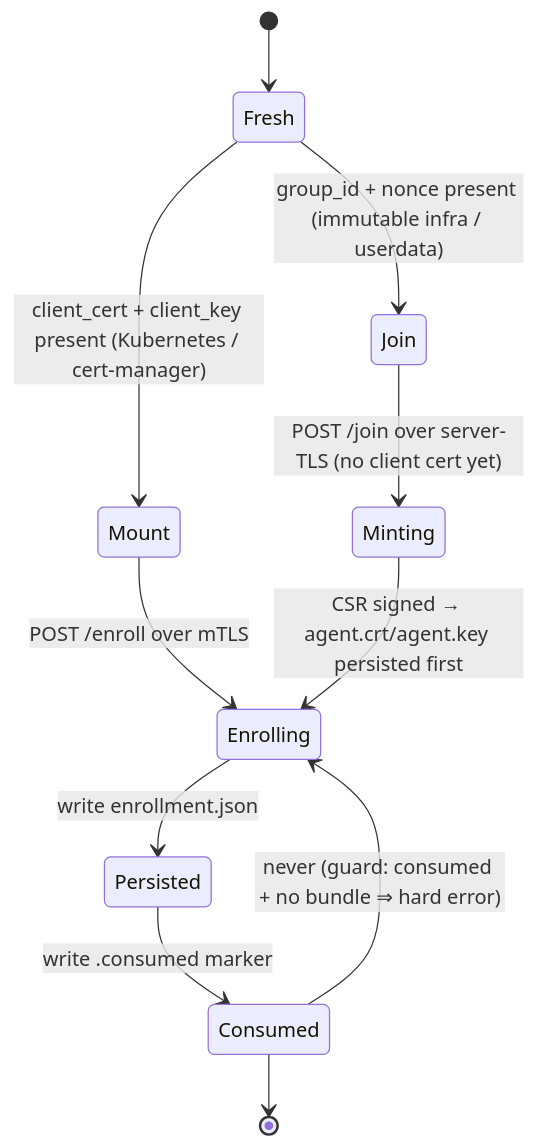
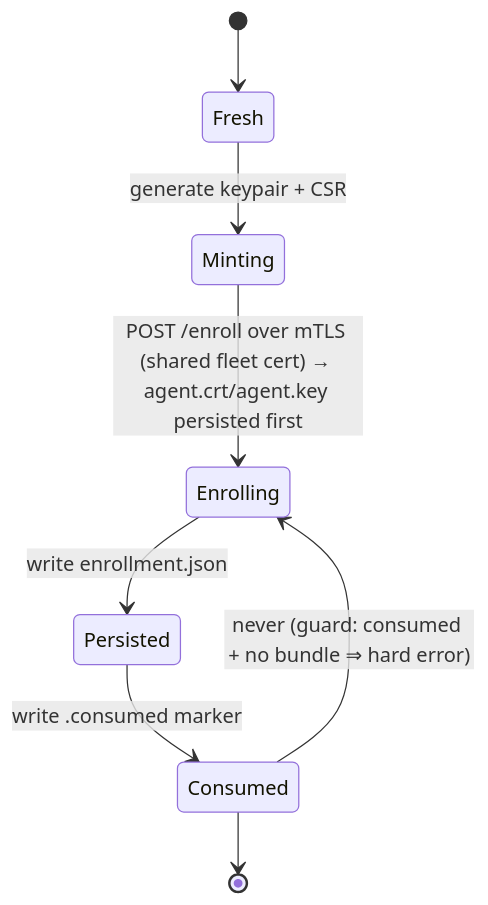
The fifth of 13 diagrams in docs/state-machines.md (evan-hines-js/updatedc), drawn with Mermaid before and after one commit. The commit also changed other lines of this file and 103 other files, not shown here.

````diff
--- a/docs/state-machines.md
+++ b/docs/state-machines.md
@@ -147,13 +147,10 @@
 ```mermaid
 stateDiagram-v2
     [*] --> Fresh
-    Fresh --> Mount: client_cert + client_key present (Kubernetes / cert-manager)
-    Fresh --> Join: group_id + nonce present (immutable infra / userdata)
-    Mount --> Enrolling: POST /enroll over mTLS
-    Join --> Minting: POST /join over server-TLS (no client cert yet)
-    Minting --> Enrolling: CSR signed → agent.crt/agent.key persisted first
+    Fresh --> Minting: generate keypair + CSR
+    Minting --> Enrolling: POST /enroll over mTLS (shared fleet cert) → agent.crt/agent.key persisted first
     Enrolling --> Persisted: write enrollment.json
     Persisted --> Consumed: write .consumed marker
     Consumed --> [*]
     Consumed --> Enrolling: never (guard: consumed + no bundle ⇒ hard error)
 ```
````
